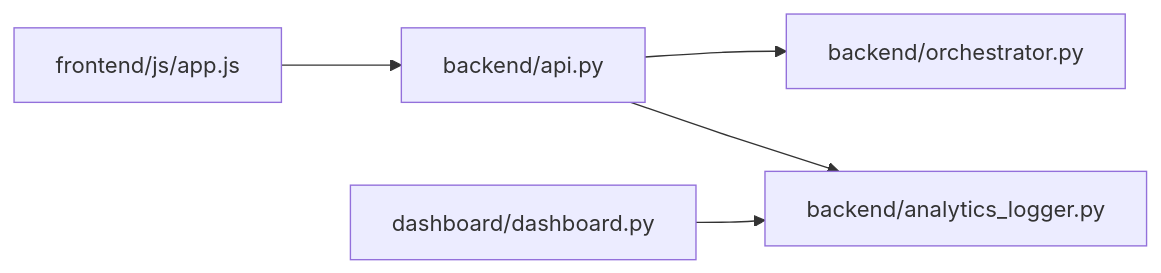
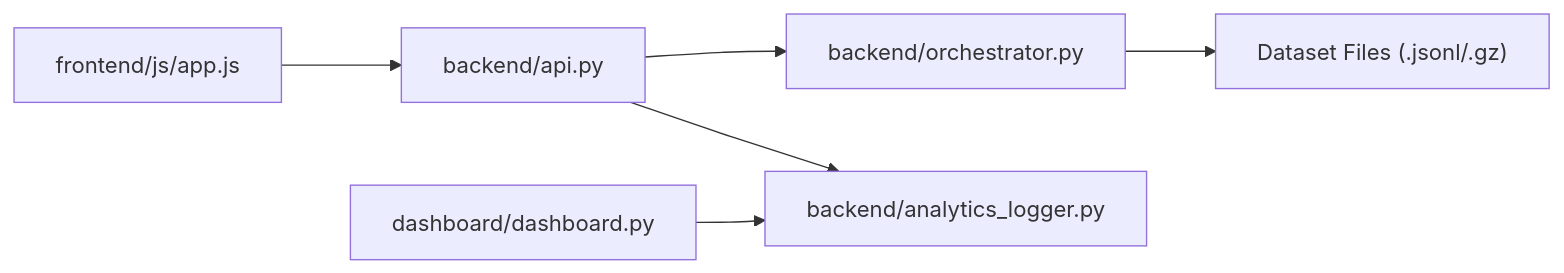
One commit to ishpreetsingh252003/Zomato changed the eighth of 9 diagrams in .qoder/repowiki/en/content/Phase 6_ Monitoring/Phase 6_ Monitoring.md. Above: the diagram before and after it, drawn with Mermaid. The commit also changed other lines of this file and 48 other files, not shown here.

````diff
--- a/.qoder/repowiki/en/content/Phase 6_ Monitoring/Phase 6_ Monitoring.md
+++ b/.qoder/repowiki/en/content/Phase 6_ Monitoring/Phase 6_ Monitoring.md
@@ -257,7 +290,8 @@
 ```mermaid
 graph LR
 FE["frontend/js/app.js"] --> API["backend/api.py"]
 API --> ORCH["backend/orchestrator.py"]
 API --> LOG["backend/analytics_logger.py"]
 DASH["dashboard/dashboard.py"] --> LOG
+ORCH --> DATASET["Dataset Files (.jsonl/.gz)"]
 ```
````
